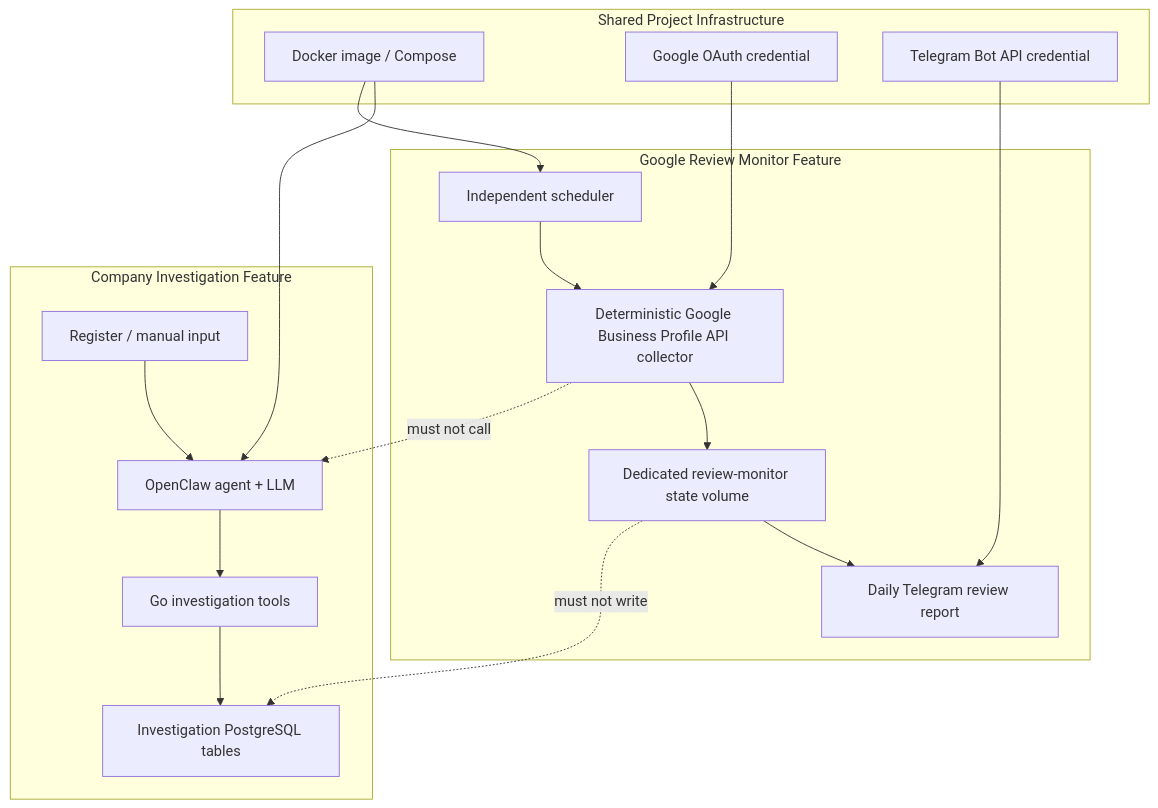
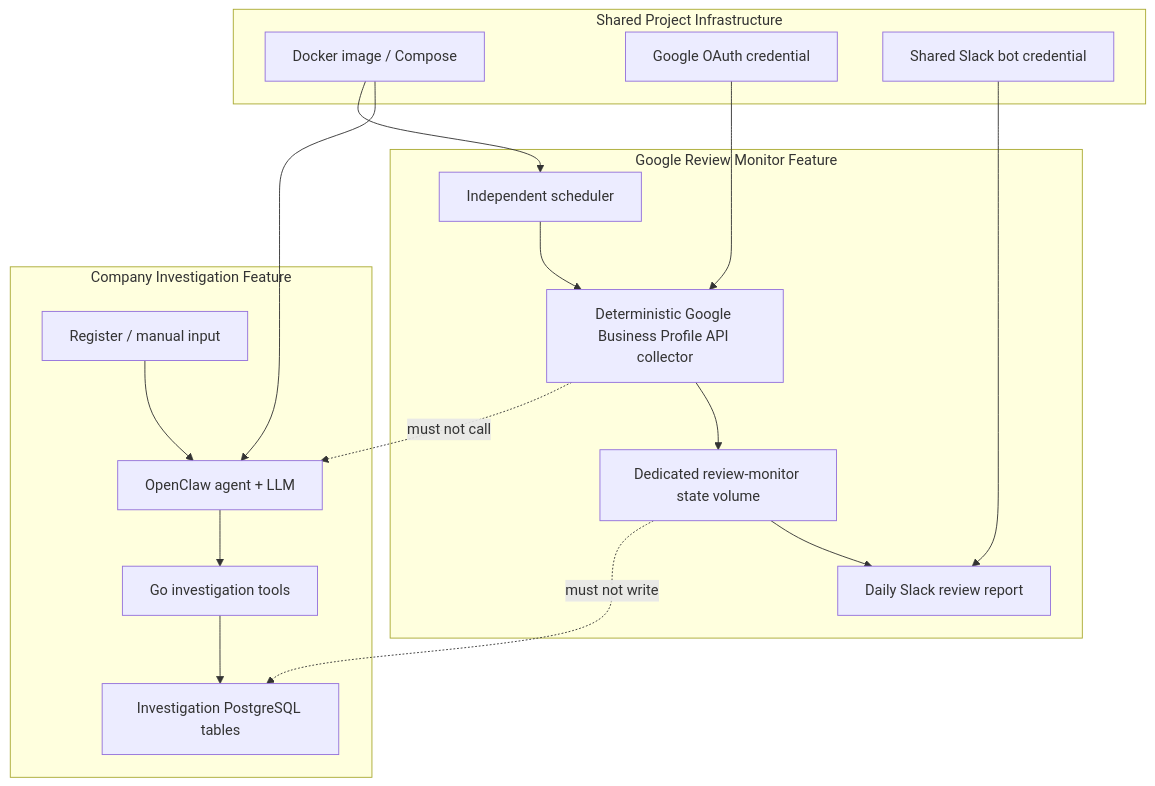
The first of 10 diagrams in docs/technical/FLOW_MAP.md (nunutech40/company-detector-bot), drawn with Mermaid before and after one commit. The commit also changed other lines of this file and 13 other files, not shown here.

Commit message:
Route review monitor reports to Slack

````diff
--- a/docs/technical/FLOW_MAP.md
+++ b/docs/technical/FLOW_MAP.md
@@ -90,32 +90,32 @@
 ```mermaid
 flowchart TB
   subgraph shared["Shared Project Infrastructure"]
     Docker["Docker image / Compose"]
     OAuth["Google OAuth credential"]
-    Telegram["Telegram Bot API credential"]
+    SlackBot["Shared Slack bot credential"]
   end
 
   subgraph investigation["Company Investigation Feature"]
     Intake["Register / manual input"]
     Agent["OpenClaw agent + LLM"]
     Tools["Go investigation tools"]
     InvestigationDB["Investigation PostgreSQL tables"]
   end
 
   subgraph reviews["Google Review Monitor Feature"]
     ReviewScheduler["Independent scheduler"]
     Collector["Deterministic Google Business Profile API collector"]
     ReviewState["Dedicated review-monitor state volume"]
-    ReviewReport["Daily Telegram review report"]
+    ReviewReport["Daily Slack review report"]
   end
 
   Docker --> Agent
   Docker --> ReviewScheduler
   OAuth --> Collector
-  Telegram --> ReviewReport
+  SlackBot --> ReviewReport
   Intake --> Agent --> Tools --> InvestigationDB
   ReviewScheduler --> Collector --> ReviewState --> ReviewReport
 
   Collector -. "must not call" .-> Agent
   ReviewState -. "must not write" .-> InvestigationDB
 ```
````
